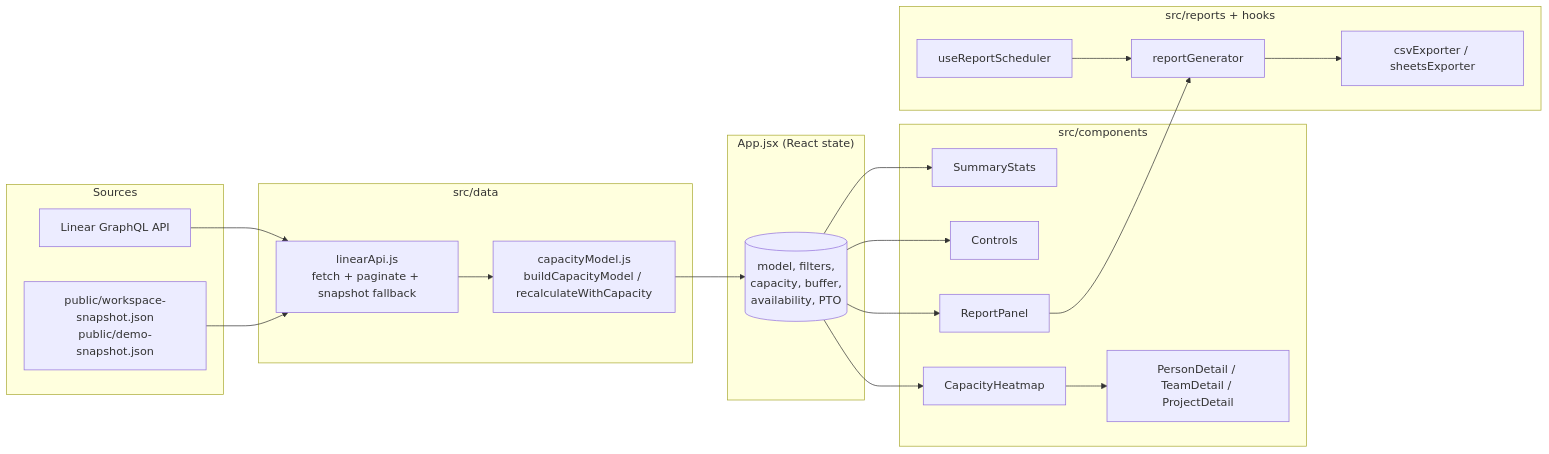
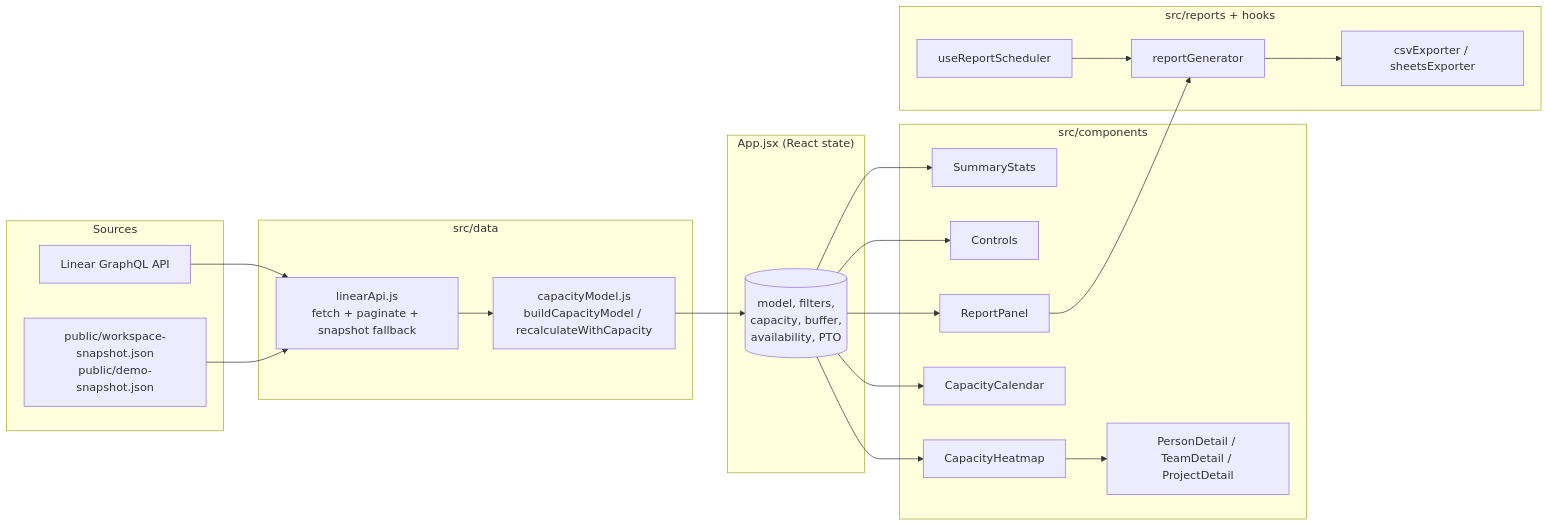
One commit to linear/linear-solutions changed the diagram in services/capacity_planning/README.md. Above: the diagram before and after it, drawn with Mermaid. The commit also changed other lines of this file and 6 other files, not shown here.

First line of the commit message:
Add a month/quarter calendar view and README screenshot to capacity_planning. (#22)

````diff
--- a/services/capacity_planning/README.md
+++ b/services/capacity_planning/README.md
@@ -104,43 +118,45 @@
 ```mermaid
 flowchart LR
     subgraph Sources
       A[Linear GraphQL API]
       B[public/workspace-snapshot.json<br/>public/demo-snapshot.json]
     end
 
     subgraph DataLayer["src/data"]
       L[linearApi.js<br/>fetch + paginate + snapshot fallback]
       M[capacityModel.js<br/>buildCapacityModel / recalculateWithCapacity]
     end
 
     subgraph AppState["App.jsx (React state)"]
       S[(model, filters,<br/>capacity, buffer,<br/>availability, PTO)]
     end
 
     subgraph UI["src/components"]
       U1[SummaryStats]
       U2[Controls]
       U3[CapacityHeatmap]
+      U6[CapacityCalendar]
       U4[PersonDetail / TeamDetail / ProjectDetail]
       U5[ReportPanel]
     end
 
     subgraph Reports["src/reports + hooks"]
       R1[reportGenerator]
       R2[csvExporter / sheetsExporter]
       R3[useReportScheduler]
     end
 
     A --> L
     B --> L
     L --> M
     M --> S
     S --> U1
     S --> U2
     S --> U3
+    S --> U6
     U3 --> U4
     S --> U5
     U5 --> R1
     R1 --> R2
     R3 --> R1
 ```
````
